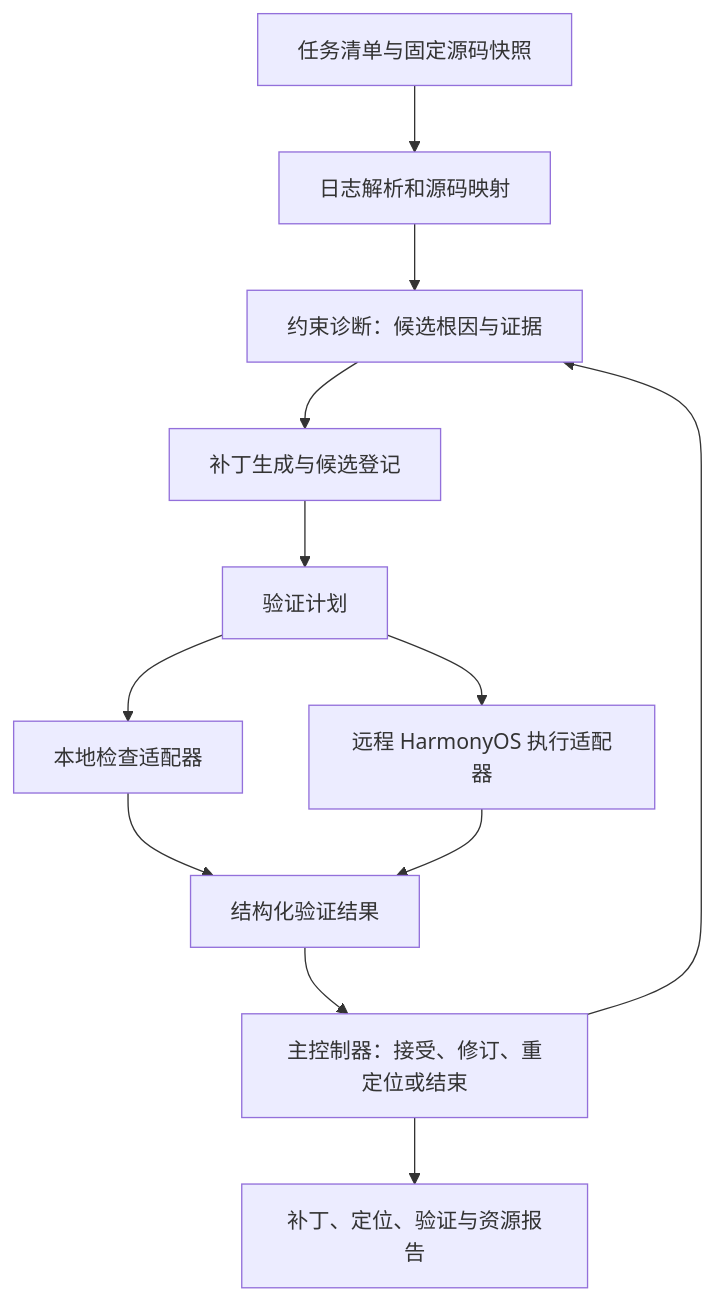
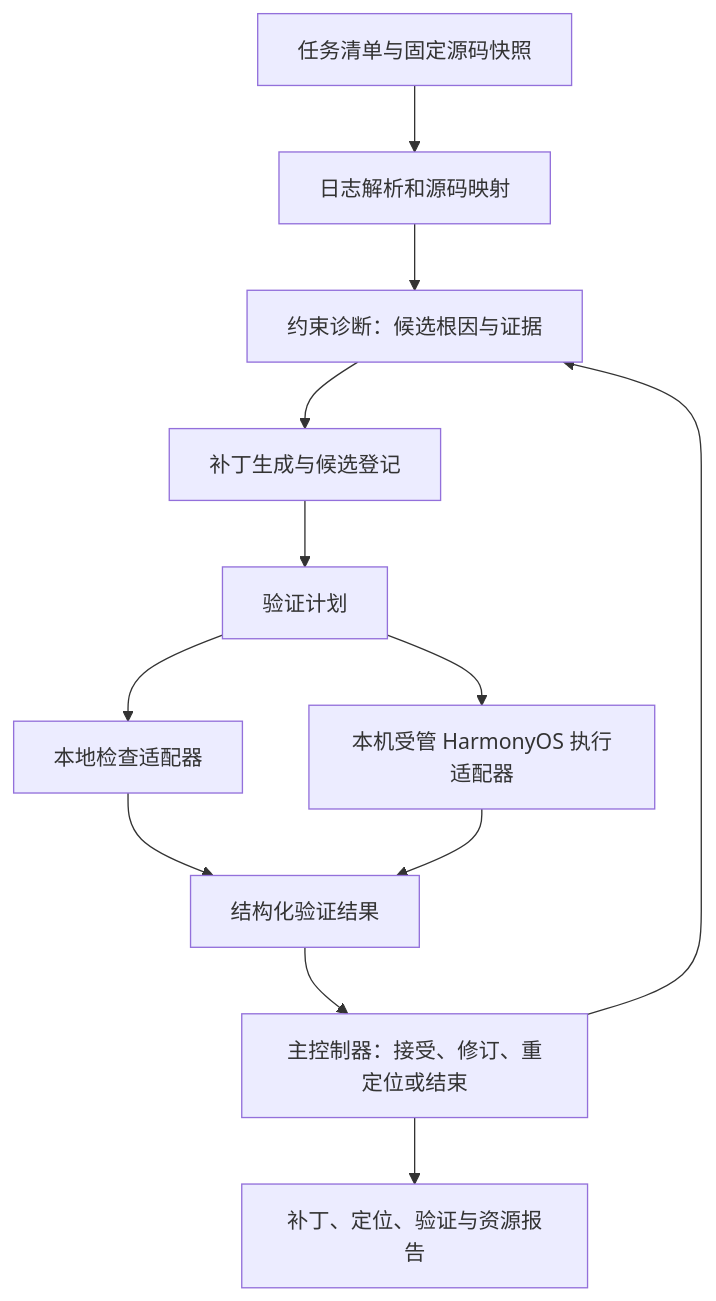
One commit to kxahcc/EviMend changed the diagram in docs/development/system-design-draft.md. Above: the diagram before and after it, drawn with Mermaid. The commit also changed other lines of this file and 10 other files, not shown here.

```diff
--- a/docs/development/system-design-draft.md
+++ b/docs/development/system-design-draft.md
@@ -112,14 +112,14 @@
 ~~~mermaid
 flowchart TD
     A[任务清单与固定源码快照] --> B[日志解析和源码映射]
     B --> C[约束诊断：候选根因与证据]
     C --> D[补丁生成与候选登记]
     D --> E[验证计划]
     E --> F[本地检查适配器]
-    E --> G[远程 HarmonyOS 执行适配器]
+    E --> G[本机受管 HarmonyOS 执行适配器]
     F --> H[结构化验证结果]
     G --> H
     H --> I[主控制器：接受、修订、重定位或结束]
     I --> C
     I --> J[补丁、定位、验证与资源报告]
 ~~~
```
